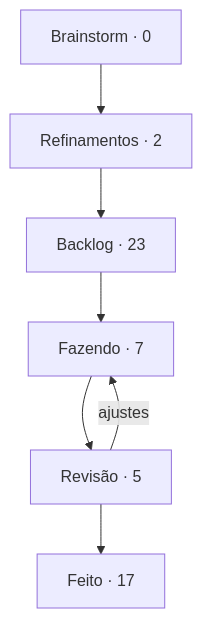
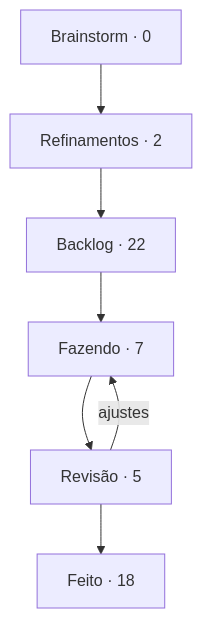
The diagram in boards/dungeon-bend/BOARD.md (StudioVibi/VibiKanban), drawn with Mermaid before and after one commit. The commit also changed other lines of this file and 2 other files, not shown here.

````diff
--- a/boards/dungeon-bend/BOARD.md
+++ b/boards/dungeon-bend/BOARD.md
@@ -5,12 +5,12 @@
 ```mermaid
 flowchart TD
   brainstorm["Brainstorm · 0"] --> refinamentos["Refinamentos · 2"]
-  refinamentos --> backlog["Backlog · 23"]
+  refinamentos --> backlog["Backlog · 22"]
   backlog --> doing["Fazendo · 7"]
   doing --> review["Revisão · 5"]
-  review --> done["Feito · 17"]
+  review --> done["Feito · 18"]
   review -->|ajustes| doing
   doing:::blue
   review:::yellow
   done:::green
 ```
````
